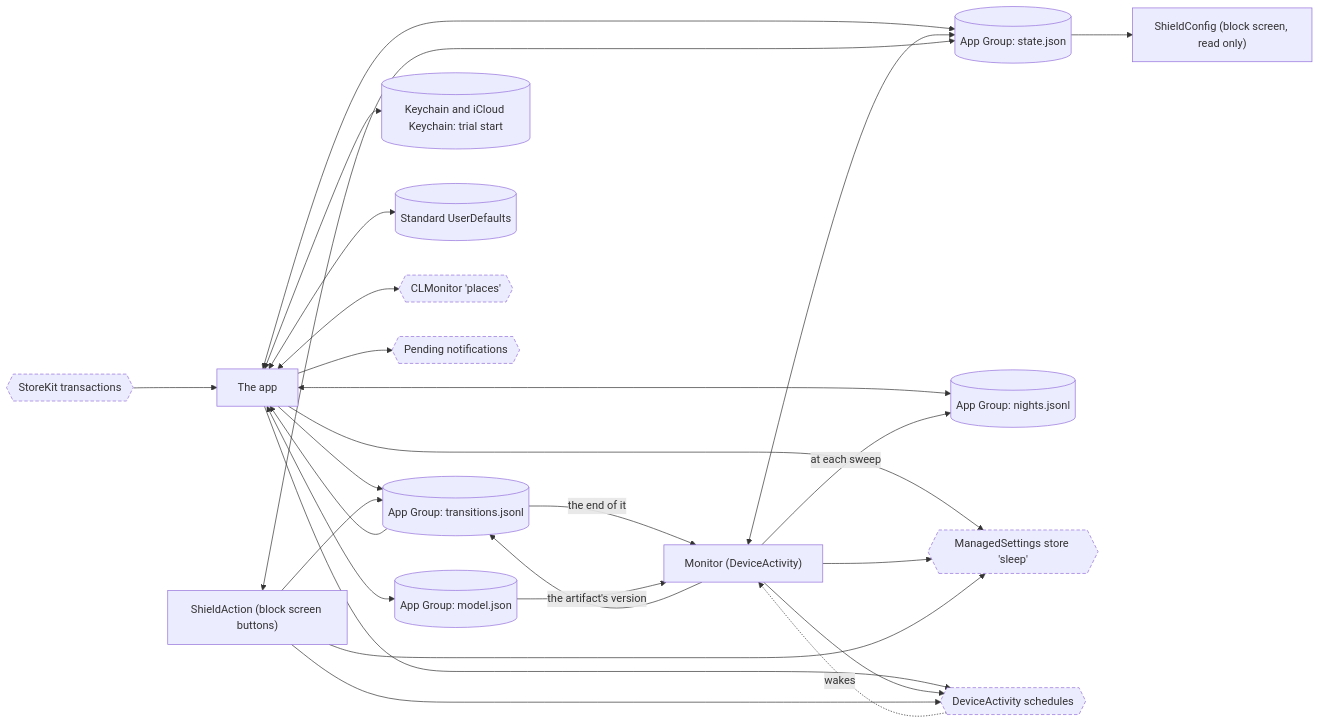
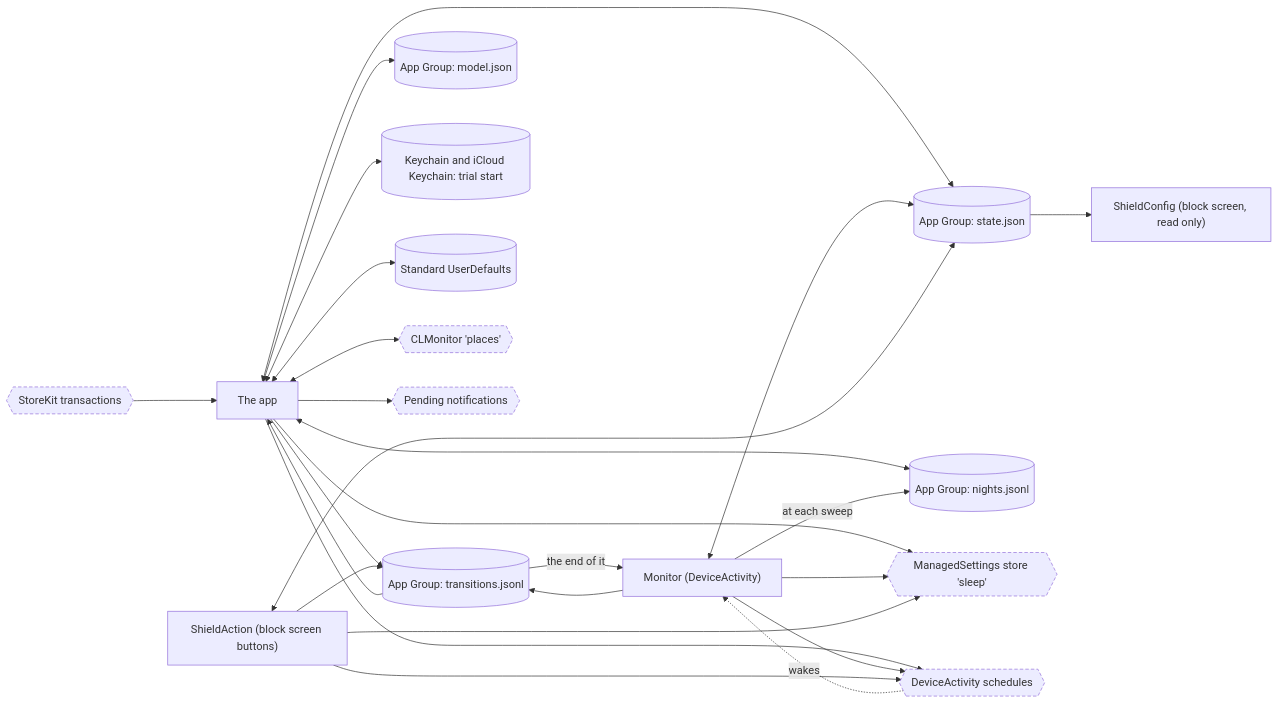
Before and after one commit to adit-rah/toll: the diagram in docs/flows/data.md, drawn with Mermaid. The commit also changed other lines of this file and 31 other files, not shown here.

````diff
--- a/docs/flows/data.md
+++ b/docs/flows/data.md
@@ -11,45 +11,44 @@
 ```mermaid
 flowchart LR
   app["The app"]
   monitor["Monitor (DeviceActivity)"]
   action["ShieldAction (block screen buttons)"]
   config["ShieldConfig (block screen, read only)"]
   state[("App Group: state.json")]
   log[("App Group: transitions.jsonl")]
   nights[("App Group: nights.jsonl")]
   model[("App Group: model.json")]
   keychain[("Keychain and iCloud Keychain: trial start")]
   defaults[("Standard UserDefaults")]
   shield{{"ManagedSettings store 'sleep'"}}
   schedules{{"DeviceActivity schedules"}}
   regions{{"CLMonitor 'places'"}}
   notes{{"Pending notifications"}}
   storekit{{"StoreKit transactions"}}
   app <--> state
   monitor <--> state
   action <--> state
   state --> config
   app --> log
   monitor --> log
   action --> log
   log --> app
   log -->|"the end of it"| monitor
   app <--> nights
   monitor -->|"at each sweep"| nights
   app <--> model
-  model -->|"the artifact's version"| monitor
   app <--> keychain
   app <--> defaults
   app --> shield
   monitor --> shield
   action --> shield
   app --> schedules
   monitor --> schedules
   action --> schedules
   schedules -.->|"wakes"| monitor
   app <--> regions
   app --> notes
   storekit --> app
   classDef system stroke-dasharray: 5 3
   class shield,schedules,regions,notes,storekit system
 ```
````
